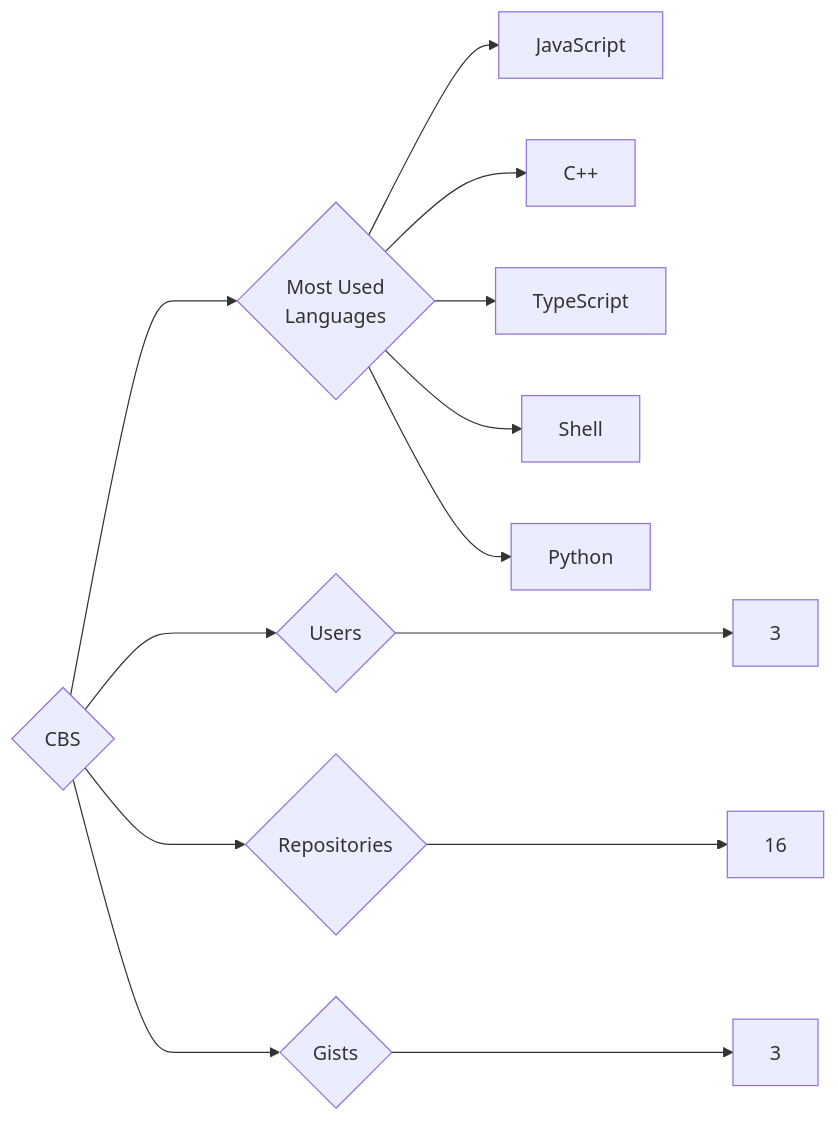
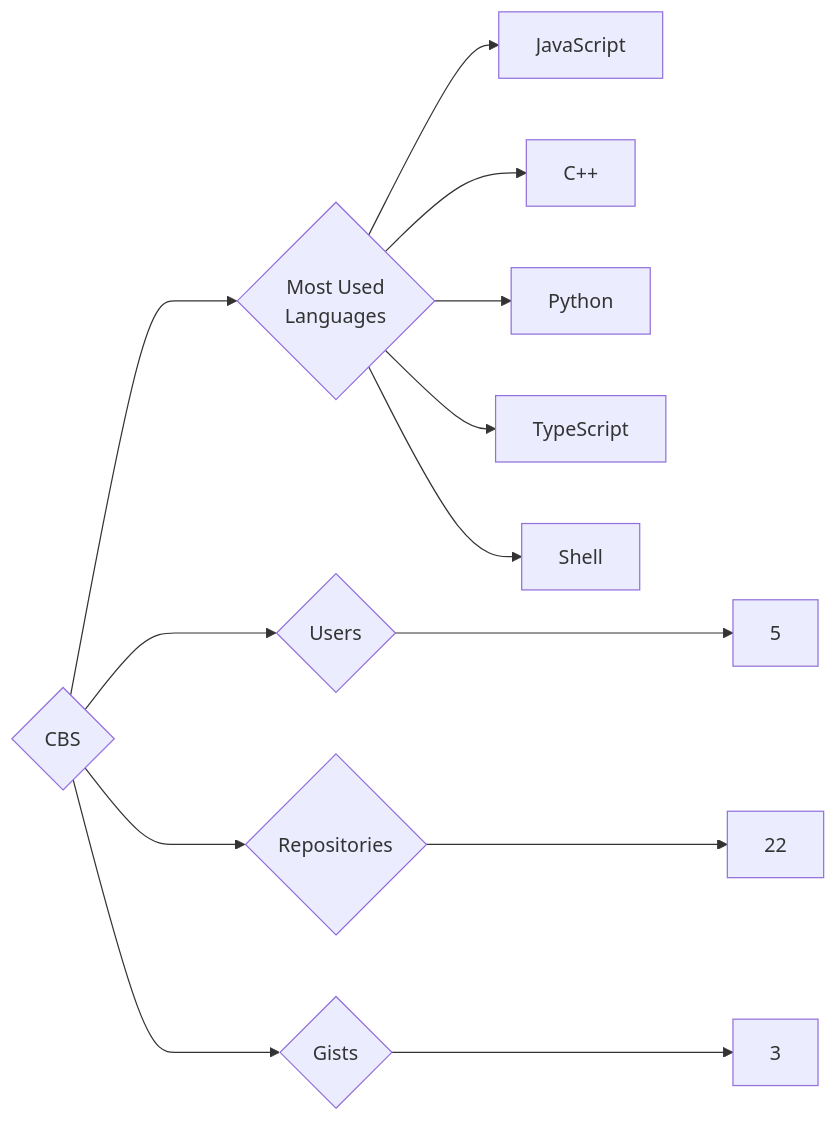
The diagram in targets/CBS/README.md (trickest/insiders), drawn with Mermaid before and after one commit. The commit also changed 1175 other files, not shown here.

````diff
--- a/targets/CBS/README.md
+++ b/targets/CBS/README.md
@@ -3,13 +3,13 @@
 ```mermaid
 graph LR
 COMPANY_NAME{CBS}
-COMPANY_NAME ---> U{Users} ---> UN[3]
-COMPANY_NAME ---> R{Repositories} ---> RN[16]
+COMPANY_NAME ---> U{Users} ---> UN[5]
+COMPANY_NAME ---> R{Repositories} ---> RN[22]
 COMPANY_NAME ---> G{Gists} ---> GN[3]
 COMPANY_NAME ---> ML{Most Used<br>Languages}
 ML --> JavaScript[JavaScript]
 ML --> C++[C++]
+ML --> Python[Python]
 ML --> TypeScript[TypeScript]
 ML --> Shell[Shell]
-ML --> Python[Python]
 ```
````
